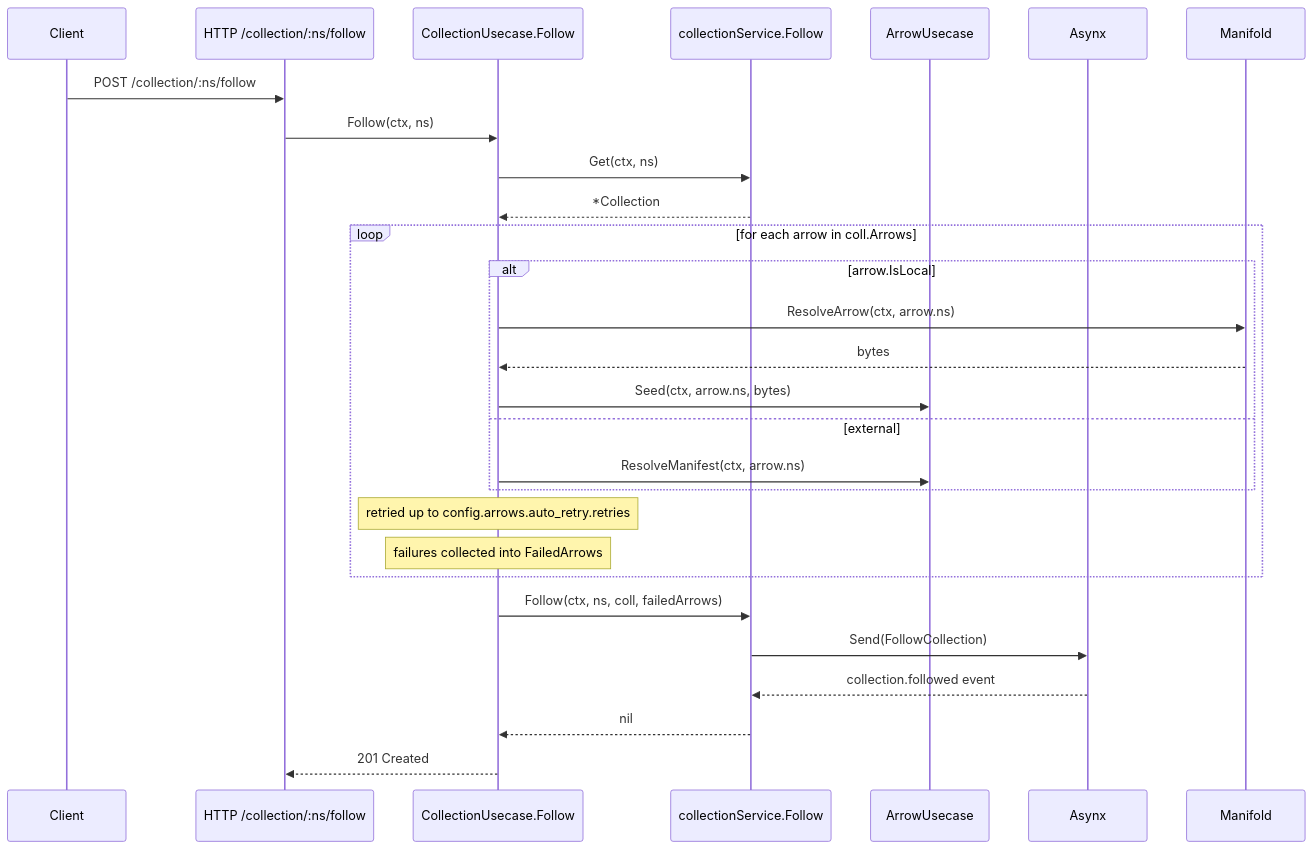
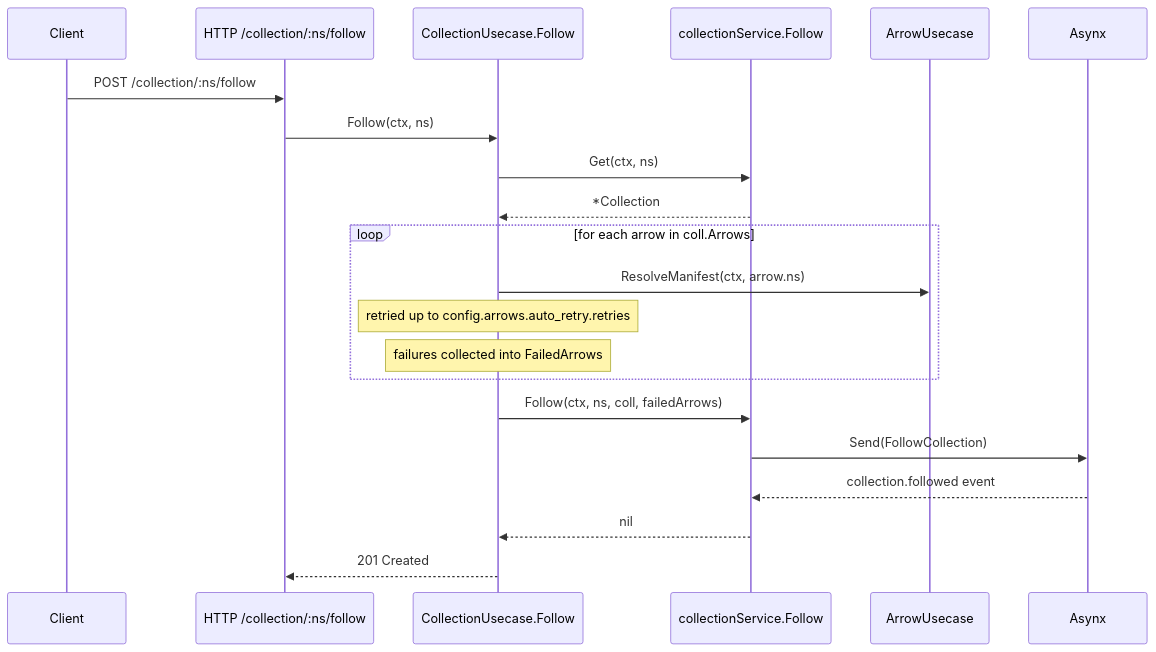
Before and after one commit to rabbytesoftware/quiver.core: the third of 3 diagrams in docs/spec/manifests/v0/collection.md, drawn with Mermaid. The commit also changed other lines of this file and 6 other files, not shown here.

````diff
--- a/docs/spec/manifests/v0/collection.md
+++ b/docs/spec/manifests/v0/collection.md
@@ -255,31 +255,24 @@
 ```mermaid
 sequenceDiagram
     participant Client
     participant API as HTTP /collection/:ns/follow
     participant UC as CollectionUsecase.Follow
     participant Repo as collectionService.Follow
     participant Arrows as ArrowUsecase
     participant Asynx
-    participant Mfd as Manifold
 
     Client->>API: POST /collection/:ns/follow
     API->>UC: Follow(ctx, ns)
     UC->>Repo: Get(ctx, ns)
     Repo-->>UC: *Collection
     loop for each arrow in coll.Arrows
-        alt arrow.IsLocal
-            UC->>Mfd: ResolveArrow(ctx, arrow.ns)
-            Mfd-->>UC: bytes
-            UC->>Arrows: Seed(ctx, arrow.ns, bytes)
-        else external
-            UC->>Arrows: ResolveManifest(ctx, arrow.ns)
-        end
+        UC->>Arrows: ResolveManifest(ctx, arrow.ns)
         Note over UC: retried up to config.arrows.auto_retry.retries
         Note over UC: failures collected into FailedArrows
     end
     UC->>Repo: Follow(ctx, ns, coll, failedArrows)
     Repo->>Asynx: Send(FollowCollection)
     Asynx-->>Repo: collection.followed event
     Repo-->>UC: nil
     UC-->>API: 201 Created
 ```
````
